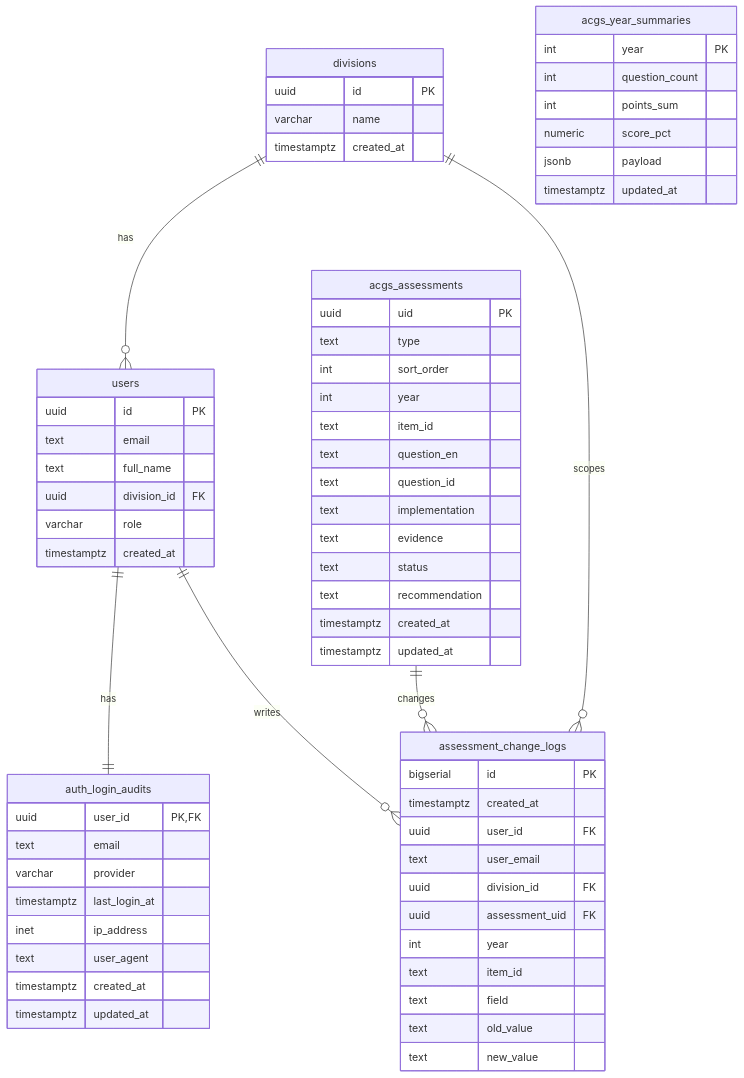
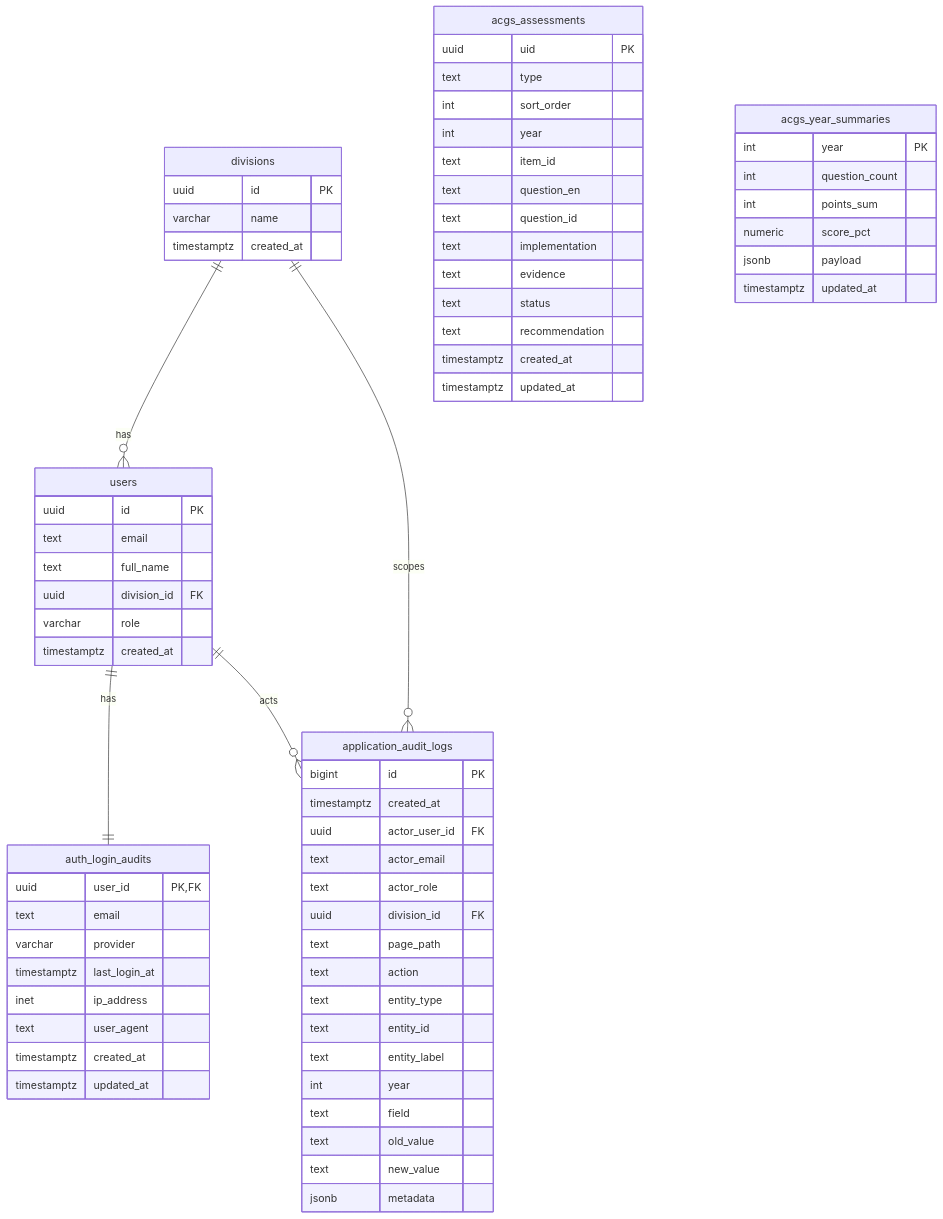
The diagram in docs/db/erd.mmd (hadinurhakim-coding/cgc-monitoring-system), drawn with Mermaid before and after one commit. The commit also changed 3 other files, not shown here.

Commit message:
feat: unify application audit logs structure and enhance audit log table with new filters and metadata

```diff
--- a/docs/db/erd.mmd
+++ b/docs/db/erd.mmd
@@ -1,71 +1,75 @@
 erDiagram
   divisions ||--o{ users : has
   users ||--|| auth_login_audits : has
-  acgs_assessments ||--o{ assessment_change_logs : changes
-  users ||--o{ assessment_change_logs : writes
-  divisions ||--o{ assessment_change_logs : scopes
+  users ||--o{ application_audit_logs : acts
+  divisions ||--o{ application_audit_logs : scopes
 
   divisions {
     uuid id PK
     varchar name
     timestamptz created_at
   }
 
   users {
     uuid id PK
     text email
     text full_name
     uuid division_id FK
     varchar role
     timestamptz created_at
   }
 
   auth_login_audits {
     uuid user_id PK,FK
     text email
     varchar provider
     timestamptz last_login_at
     inet ip_address
     text user_agent
     timestamptz created_at
     timestamptz updated_at
   }
 
   acgs_assessments {
     uuid uid PK
     text type
     int sort_order
     int year
     text item_id
     text question_en
     text question_id
     text implementation
     text evidence
     text status
     text recommendation
     timestamptz created_at
     timestamptz updated_at
   }
 
   acgs_year_summaries {
     int year PK
     int question_count
     int points_sum
     numeric score_pct
     jsonb payload
     timestamptz updated_at
   }
 
-  assessment_change_logs {
-    bigserial id PK
+  application_audit_logs {
+    bigint id PK
     timestamptz created_at
-    uuid user_id FK
-    text user_email
+    uuid actor_user_id FK
+    text actor_email
+    text actor_role
     uuid division_id FK
-    uuid assessment_uid FK
+    text page_path
+    text action
+    text entity_type
+    text entity_id
+    text entity_label
     int year
-    text item_id
     text field
     text old_value
     text new_value
+    jsonb metadata
   }
```
